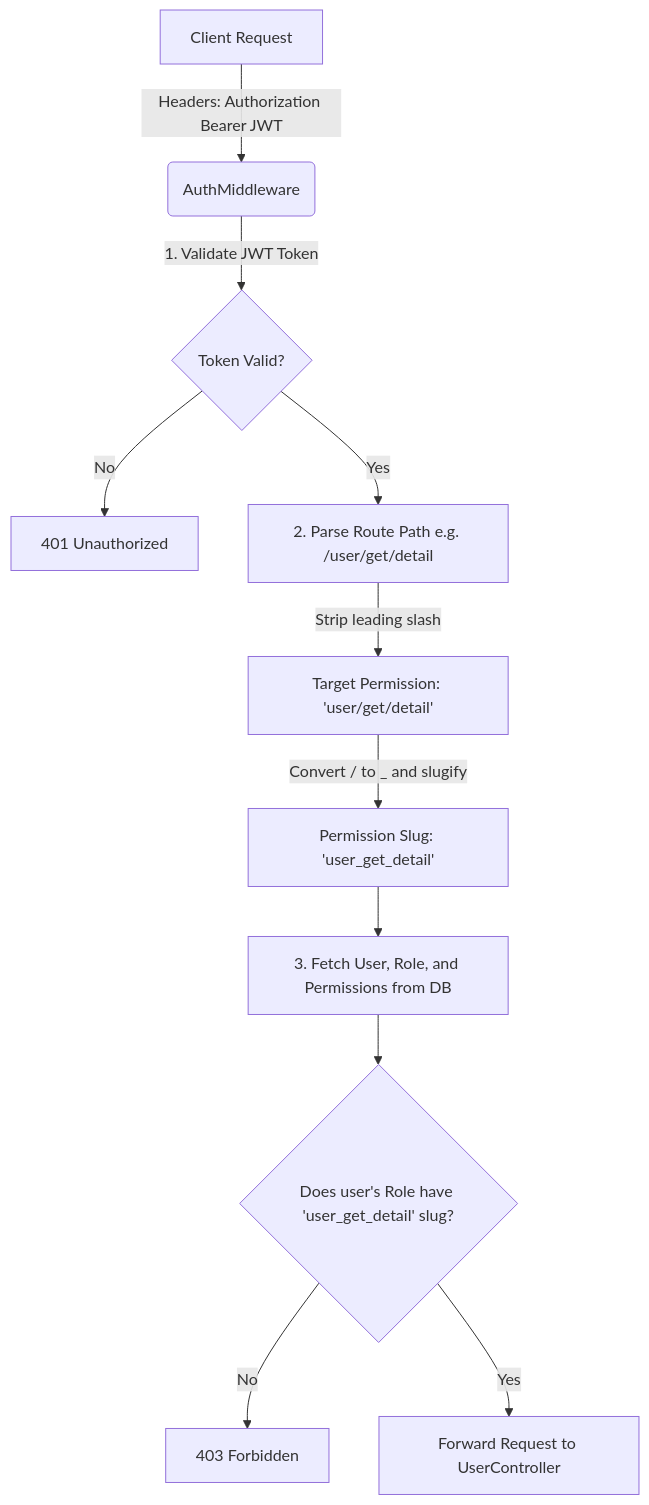
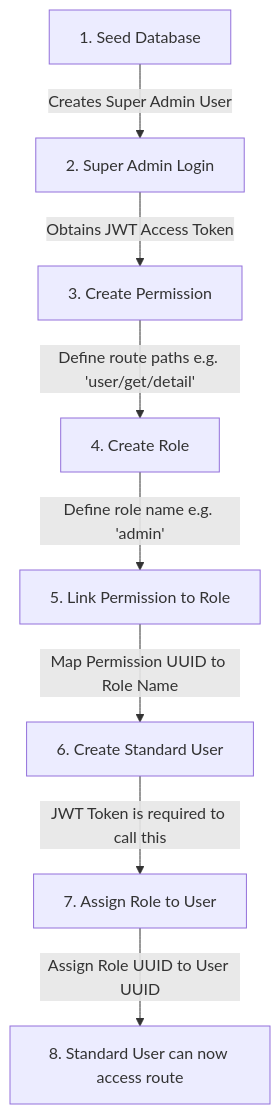
Before and after one commit to prathamkevadiya18/RBAC-Permissions-SYSTEM: the diagram in README.md, drawn with Mermaid. The commit also changed other lines of this file, not shown here.

````diff
--- a/README.md
+++ b/README.md
@@ -164,13 +54,10 @@
 ```mermaid
-graph TD
-    A[Client Request] -->|Headers: Authorization Bearer JWT| B(AuthMiddleware)
-    B -->|1. Validate JWT Token| C{Token Valid?}
-    C -->|No| D[401 Unauthorized]
-    C -->|Yes| E[2. Parse Route Path e.g. /user/get/detail]
-    E -->|Strip leading slash| F[Target Permission: 'user/get/detail']
-    F -->|Convert / to _ and slugify| G[Permission Slug: 'user_get_detail']
-    G --> H[3. Fetch User, Role, and Permissions from DB]
-    H --> I{Does user's Role have 'user_get_detail' slug?}
-    I -->|No| J[403 Forbidden]
-    I -->|Yes| K[Forward Request to UserController]
+flowchart TD
+    A[1. Seed Database] -->|Creates Super Admin User| B[2. Super Admin Login]
+    B -->|Obtains JWT Access Token| C[3. Create Permission]
+    C -->|Define route paths e.g. 'user/get/detail'| D[4. Create Role]
+    D -->|Define role name e.g. 'admin'| E[5. Link Permission to Role]
+    E -->|Map Permission UUID to Role Name| F[6. Create Standard User]
+    F -->|JWT Token is required to call this| G[7. Assign Role to User]
+    G -->|Assign Role UUID to User UUID| H[8. Standard User can now access route]
 ```
````
